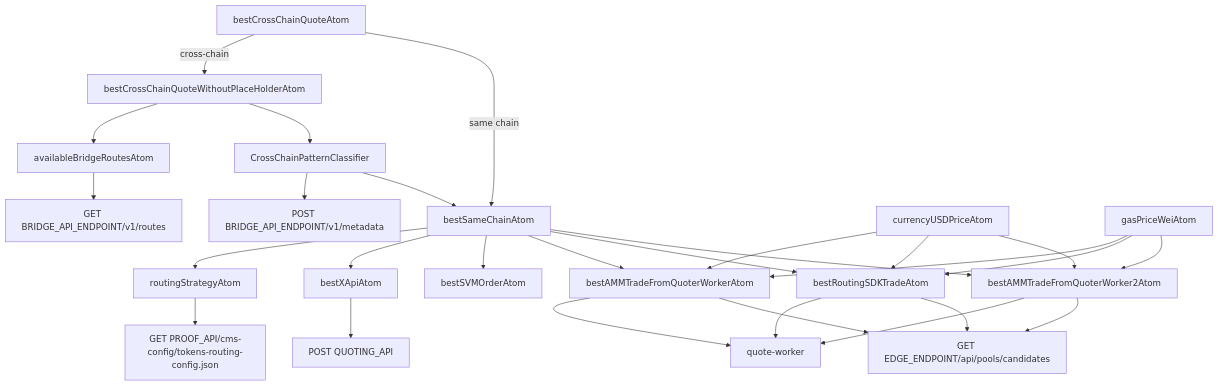
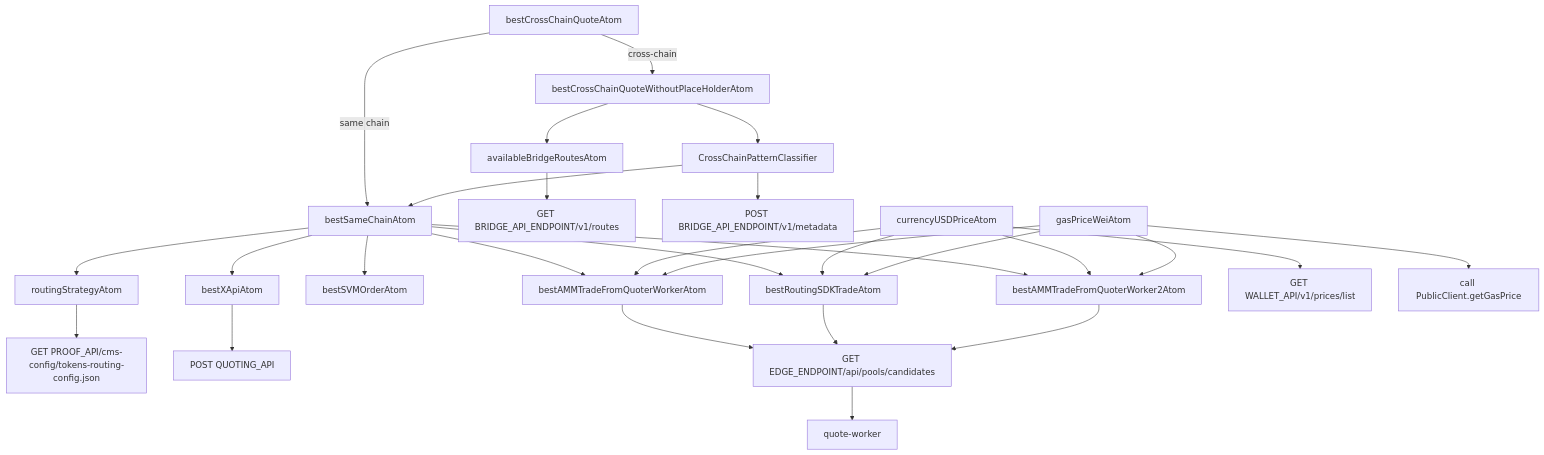
One commit to chef-ryan/pancake-frontend changed the first of 5 diagrams in apps/web/src/quoter/viz.md. Above: the diagram before and after it, drawn with Mermaid. The commit also changed other lines of this file, not shown here.

````diff
--- a/apps/web/src/quoter/viz.md
+++ b/apps/web/src/quoter/viz.md
@@ -21,42 +21,42 @@
 ```mermaid
 flowchart TD
     A[bestCrossChainQuoteAtom]
     A -->|cross-chain| B[bestCrossChainQuoteWithoutPlaceHolderAtom]
     A -->|same chain| S[bestSameChainAtom]
 
     B --> R[availableBridgeRoutesAtom]
     R --> R1["GET BRIDGE_API_ENDPOINT/v1/routes"]
 
     B --> P[CrossChainPatternClassifier]
     P --> METADATA["POST BRIDGE_API_ENDPOINT/v1/metadata"]
     P --> S
 
     S --> RS[routingStrategyAtom]
     RS --> RS1["GET PROOF_API/cms-config/tokens-routing-config.json"]
 
     S --> QA[bestXApiAtom]
     QA --> QA1["POST QUOTING_API"]
 
     S --> SVM[bestSVMOrderAtom]
 
     S --> BW1[bestAMMTradeFromQuoterWorkerAtom]
-    BW1 --> W[quote-worker]
+    S --> BW2[bestRoutingSDKTradeAtom]
+    S --> BW3[bestAMMTradeFromQuoterWorker2Atom]
+
     BW1 --> EP1["GET EDGE_ENDPOINT/api/pools/candidates"]
-
-    S --> BW2[bestRoutingSDKTradeAtom]
-    BW2 --> W
     BW2 --> EP1
-
-    S --> BW3[bestAMMTradeFromQuoterWorker2Atom]
-    BW3 --> W
     BW3 --> EP1
+    EP1 --> W[quote-worker]
 
     USD[currencyUSDPriceAtom]
-    GP[gasPriceWeiAtom]
+    USD --> WALLET["GET WALLET_API/v1/prices/list"]
     USD --> BW1
     USD --> BW2
     USD --> BW3
+
+    GP[gasPriceWeiAtom]
+    GP --> GAS["call PublicClient.getGasPrice"]
     GP --> BW1
     GP --> BW2
     GP --> BW3
 ```
````
